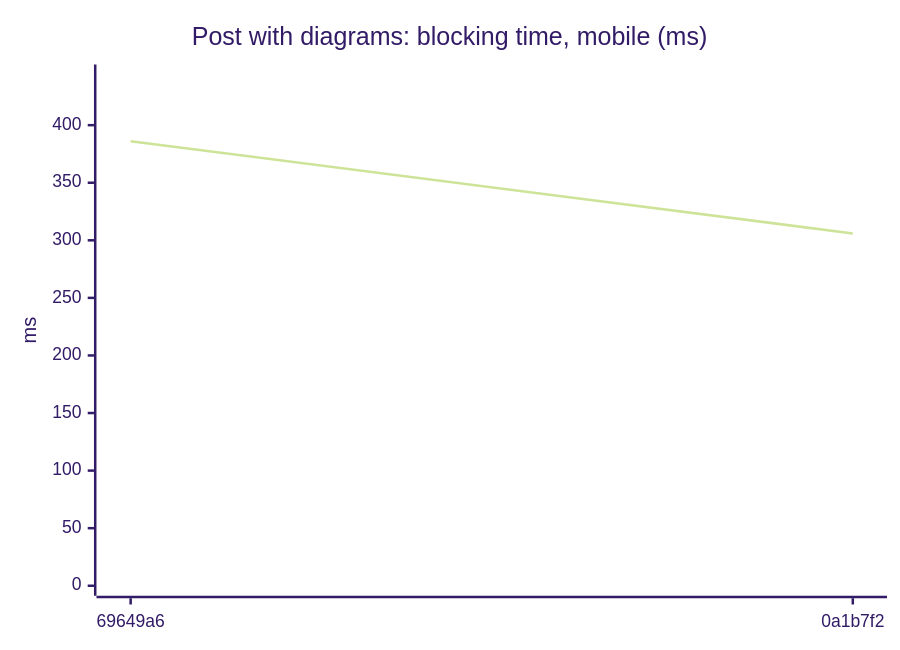
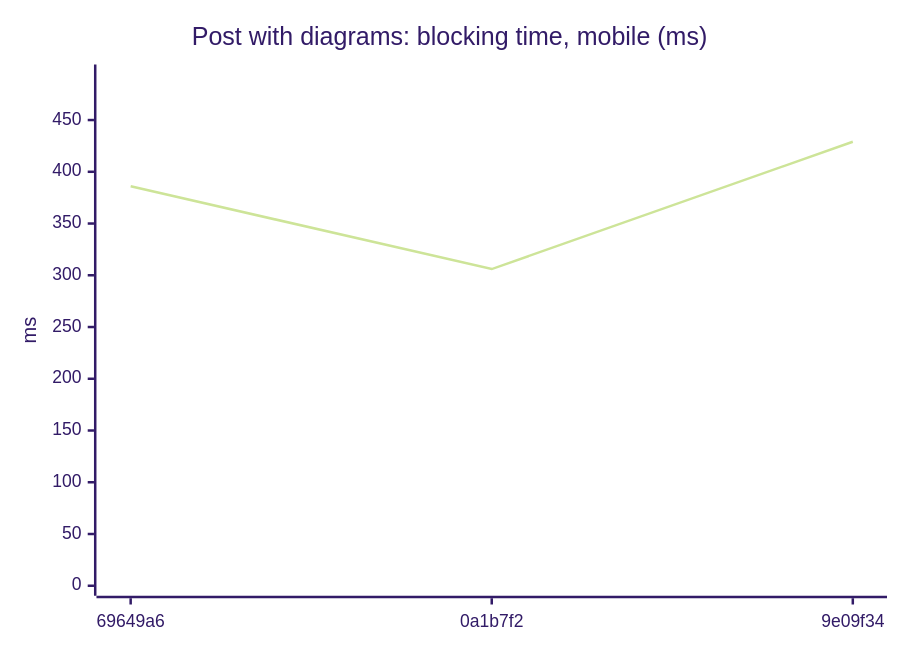
One commit to AxelUser/maltsev.space changed diagram 16 of 18 in README.md. Above: the diagram before and after it, drawn with Mermaid (forest theme). The commit also changed other lines of this file and 1 other file, not shown here.

````diff
--- a/README.md
+++ b/README.md
@@ -169,7 +169,7 @@
 ```mermaid
 xychart-beta
   title "Post with diagrams: blocking time, mobile (ms)"
-  x-axis ["69649a6", "0a1b7f2"]
-  y-axis "ms" 0 --> 444
-  line [386, 306]
+  x-axis ["69649a6", "0a1b7f2", "9e09f34"]
+  y-axis "ms" 0 --> 494
+  line [386, 306, 429]
 ```
````
